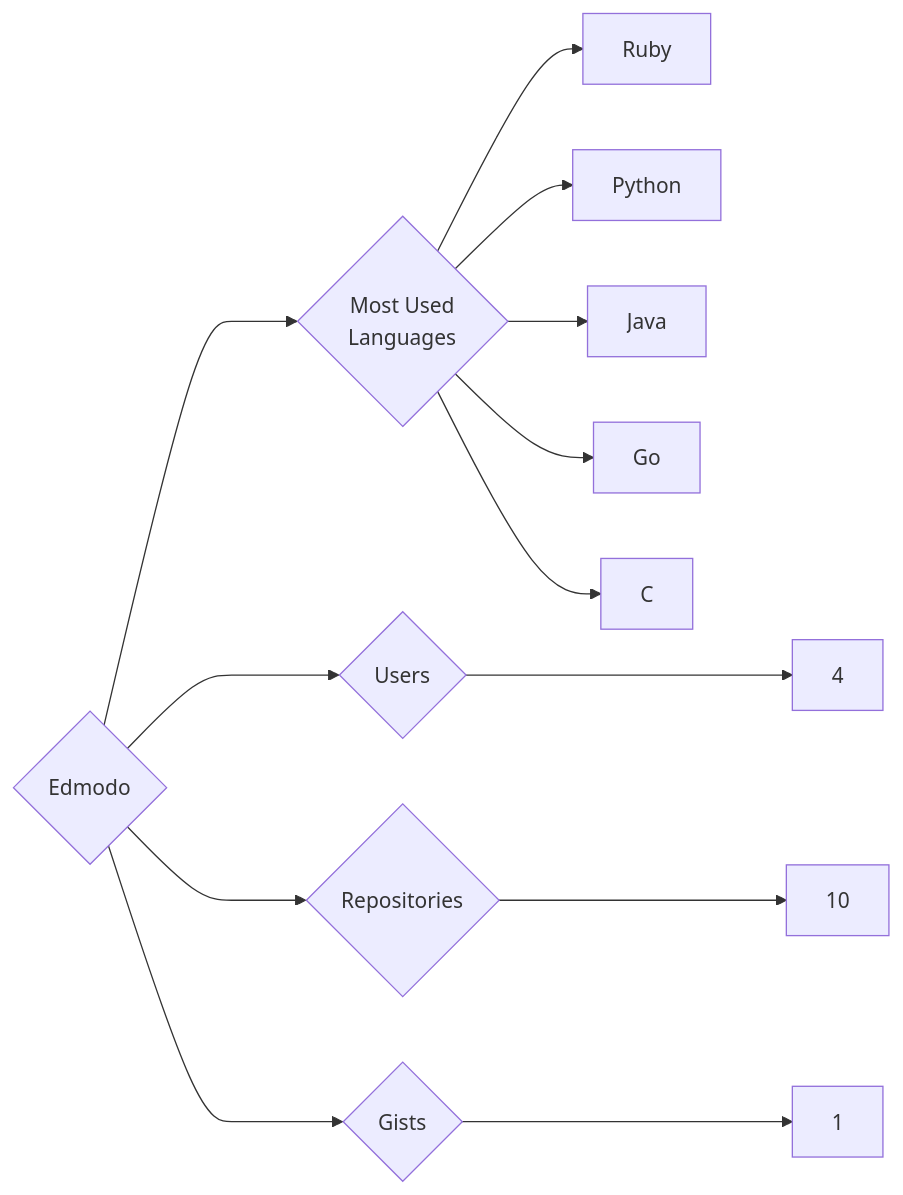
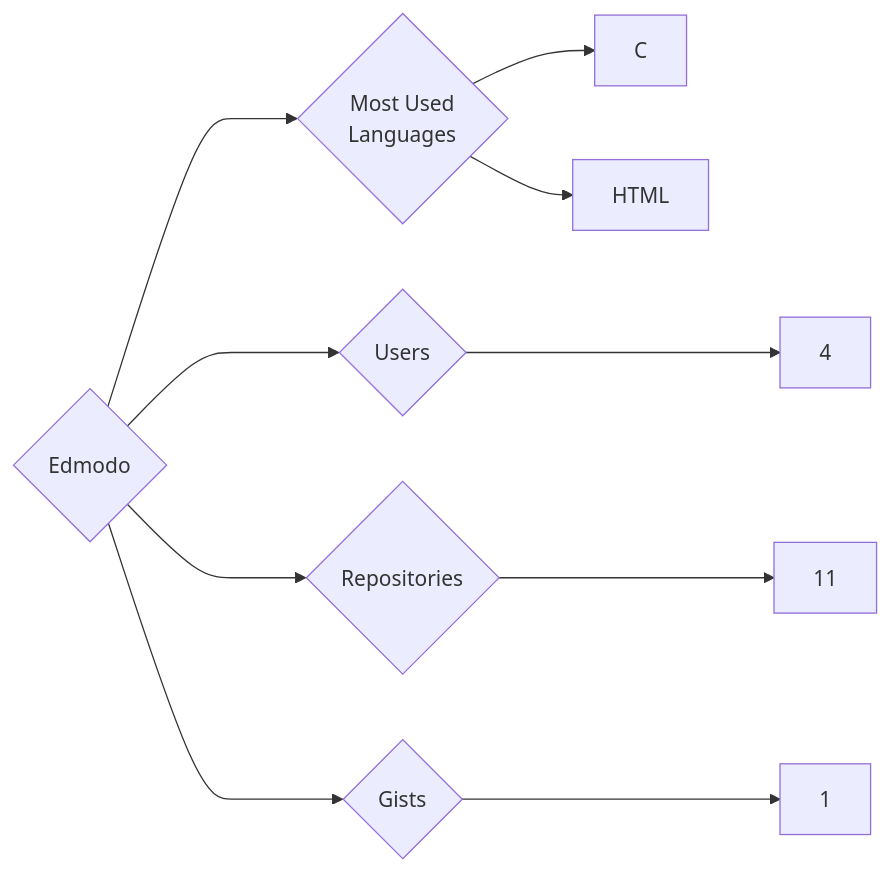
The diagram in targets/Edmodo/README.md (trickest/insiders), drawn with Mermaid before and after one commit. The commit also changed 681 other files, not shown here.

````diff
--- a/targets/Edmodo/README.md
+++ b/targets/Edmodo/README.md
@@ -3,13 +3,10 @@
 ```mermaid
 graph LR
 COMPANY_NAME{Edmodo}
 COMPANY_NAME ---> U{Users} ---> UN[4]
-COMPANY_NAME ---> R{Repositories} ---> RN[10]
+COMPANY_NAME ---> R{Repositories} ---> RN[11]
 COMPANY_NAME ---> G{Gists} ---> GN[1]
 COMPANY_NAME ---> ML{Most Used<br>Languages}
-ML --> Ruby[Ruby]
-ML --> Python[Python]
-ML --> Java[Java]
-ML --> Go[Go]
 ML --> C[C]
+ML --> HTML[HTML]
 ```
````
